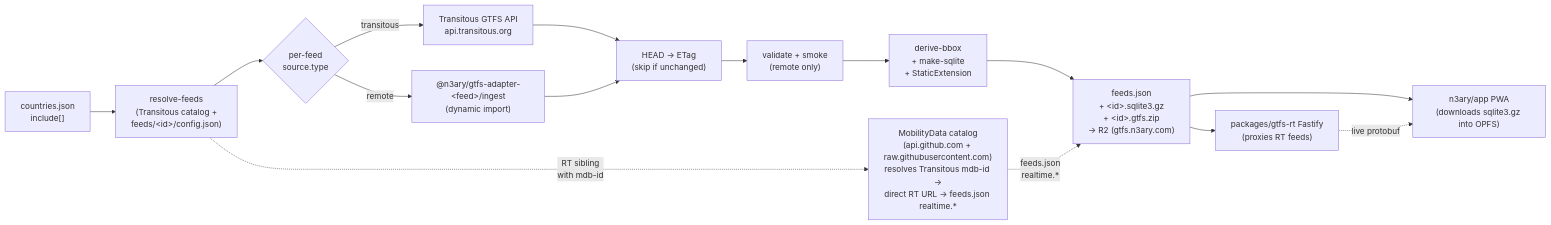
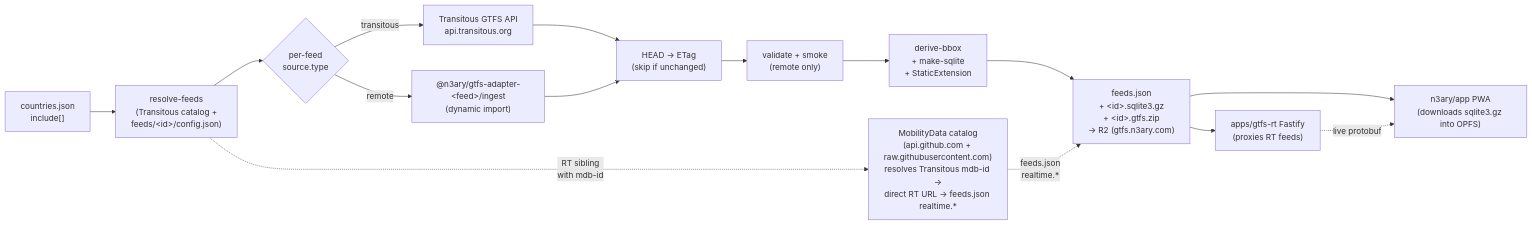
The diagram in docs/architecture/data-pipeline.md (n3ary/gtfs), drawn with Mermaid before and after one commit. The commit also changed other lines of this file and 108 other files, not shown here.

First line of the commit message:
chore(repo): reorg workspace (packages/ -> apps/ + libs/)

````diff
--- a/docs/architecture/data-pipeline.md
+++ b/docs/architecture/data-pipeline.md
@@ -22,30 +22,30 @@
 ```mermaid
 flowchart LR
     A["countries.json<br/>include[]"]
     B["resolve-feeds<br/>(Transitous catalog +<br/>feeds/&lt;id&gt;/config.json)"]
     C{"per-feed<br/>source.type"}
     D["Transitous GTFS API<br/>api.transitous.org"]
     E["@n3ary/gtfs-adapter-&lt;feed&gt;/ingest<br/>(dynamic import)"]
     F["HEAD → ETag<br/>(skip if unchanged)"]
     G["validate + smoke<br/>(remote only)"]
     H["derive-bbox<br/>+ make-sqlite<br/>+ StaticExtension"]
     I["feeds.json<br/>+ &lt;id&gt;.sqlite3.gz<br/>+ &lt;id&gt;.gtfs.zip<br/>→ R2 (gtfs.n3ary.com)"]
     J["n3ary/app PWA<br/>(downloads sqlite3.gz into OPFS)"]
-    K["packages/gtfs-rt Fastify<br/>(proxies RT feeds)"]
+    K["apps/gtfs-rt Fastify<br/>(proxies RT feeds)"]
     M["MobilityData catalog<br/>(api.github.com + raw.githubusercontent.com)<br/>resolves Transitous mdb-id →<br/>direct RT URL → feeds.json realtime.*"]
 
     A --> B
     B --> C
     C -->|transitous| D
     C -->|remote| E
     D --> F
     E --> F
     F --> G
     G --> H
     H --> I
     I --> J
     I --> K
     B -. "RT sibling<br/>with mdb-id" .-> M
     M -. "feeds.json<br/>realtime.*" .-> I
     K -. "live protobuf" .-> J
 ```
````
